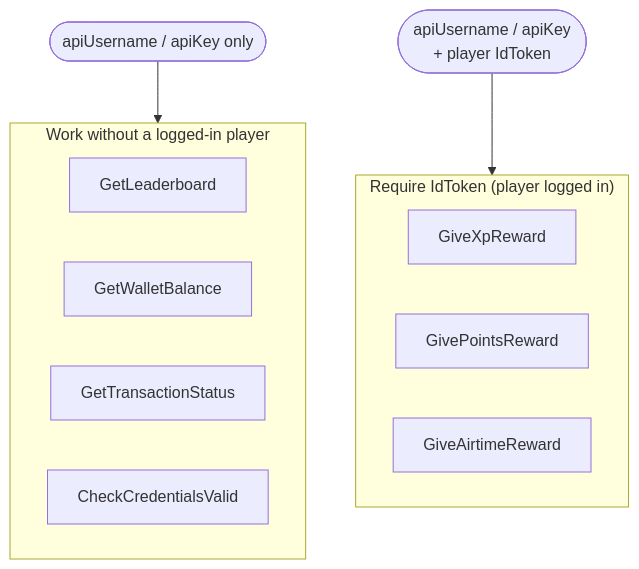
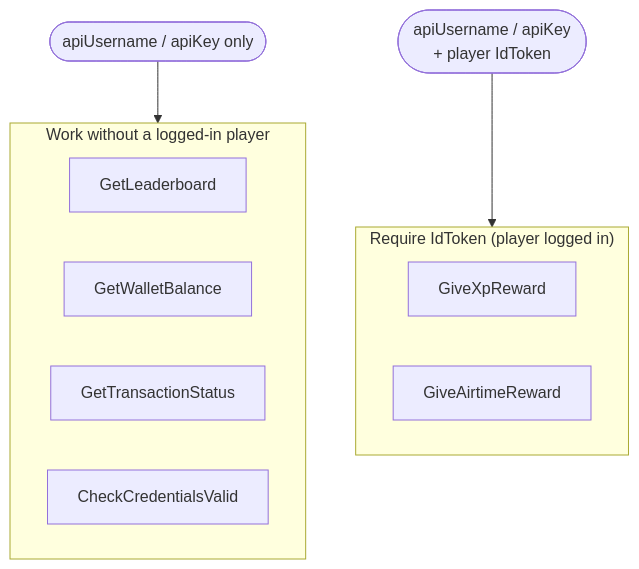
Before and after one commit to Jiwe-Studio/wallet-sdk-unity: the second of 4 diagrams in README.md, drawn with Mermaid. The commit also changed other lines of this file and 1 other file, not shown here.

Commit message:
Remove GivePointsReward
POST /rewards fails for apps whose float lives on the Cowrie reward ledger
("This operation moves money, but ledger ... holds COWRIE reward units"), and
it has been withdrawn from the Abacus public contract. Use GiveXpReward or
GiveAirtimeReward.

````diff
--- a/README.md
+++ b/README.md
@@ -55,18 +55,17 @@
 ```mermaid
 flowchart TB
     subgraph NoLoginNeeded["Work without a logged-in player"]
         direction LR
         L1["GetLeaderboard"]
         L2["GetWalletBalance"]
         L3["GetTransactionStatus"]
         L4["CheckCredentialsValid"]
     end
     subgraph LoginRequired["Require IdToken (player logged in)"]
         direction LR
         R1["GiveXpReward"]
-        R2["GivePointsReward"]
-        R3["GiveAirtimeReward"]
+        R2["GiveAirtimeReward"]
     end
     Static(["apiUsername / apiKey only"]) --> NoLoginNeeded
     Token(["apiUsername / apiKey\n+ player IdToken"]) --> LoginRequired
 ```
````
